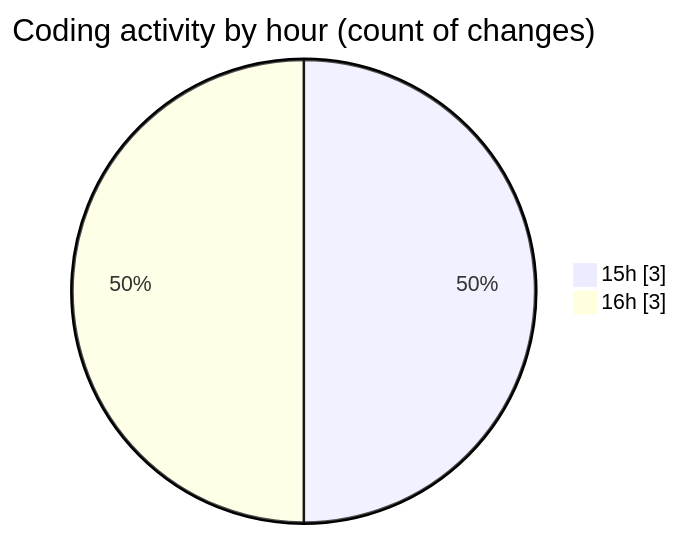
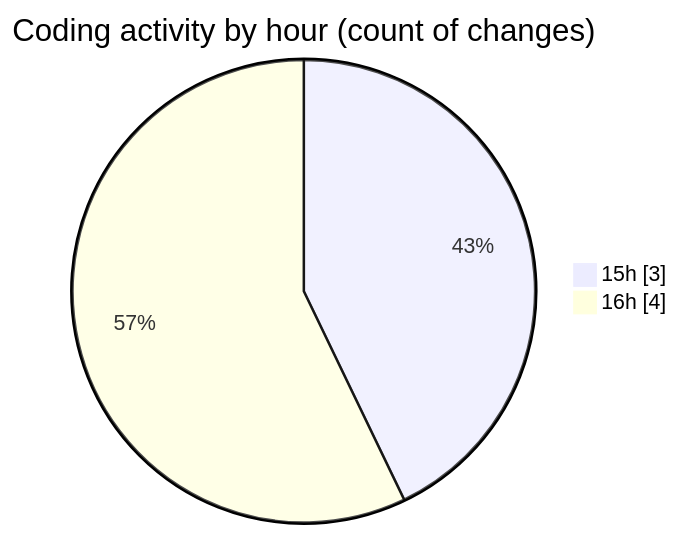
Before and after one commit to vahidmafi/code-tracking: the second of 2 diagrams in 2025-06-27/horizon/README.md, drawn with Mermaid. The commit also changed other lines of this file and 1 other file, not shown here.

````diff
--- a/2025-06-27/horizon/README.md
+++ b/2025-06-27/horizon/README.md
@@ -29,6 +29,6 @@
 ```mermaid
 pie showData
 title Coding activity by hour (count of changes)
 "15h" : 3
-"16h" : 3
+"16h" : 4
 ```
````
